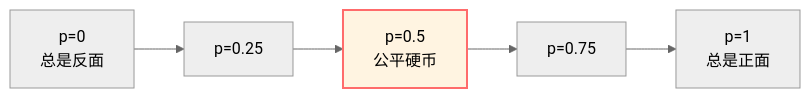
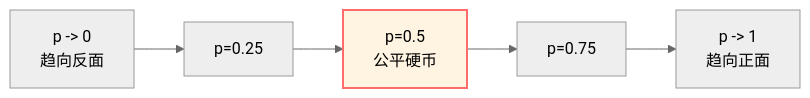
The first of 4 diagrams in docs/euler-article/gls-union/03-mathematical-tools/05-information-geometry.md (loning/zeckendorf-hilbert), drawn with Mermaid (neutral theme) before and after one commit. The commit also changed other lines of this file and 111 other files, not shown here.

````diff
--- a/docs/euler-article/gls-union/03-mathematical-tools/05-information-geometry.md
+++ b/docs/euler-article/gls-union/03-mathematical-tools/05-information-geometry.md
@@ -30,9 +34,9 @@
 ```mermaid
 graph LR
-    P0["p=0<br/>总是反面"] --> P25["p=0.25"]
+    P0["p -> 0<br/>趋向反面"] --> P25["p=0.25"]
     P25 --> P50["p=0.5<br/>公平硬币"]
     P50 --> P75["p=0.75"]
-    P75 --> P1["p=1<br/>总是正面"]
+    P75 --> P1["p -> 1<br/>趋向正面"]
 
     style P50 fill:#fff4e1,stroke:#ff6b6b,stroke-width:2px
 ```
````
